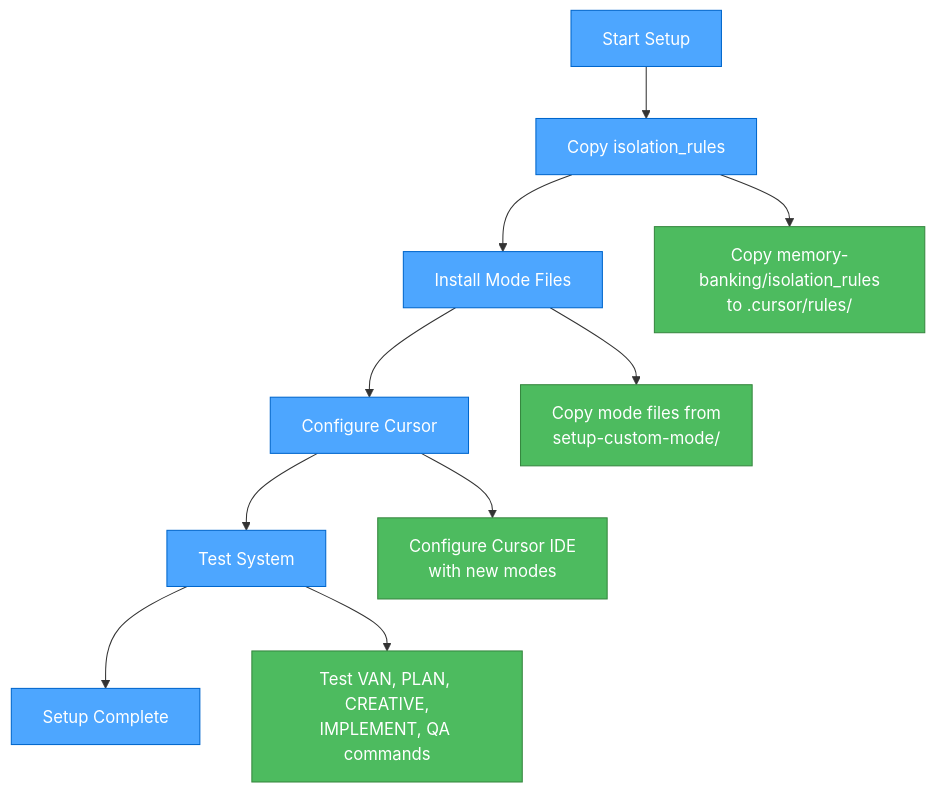
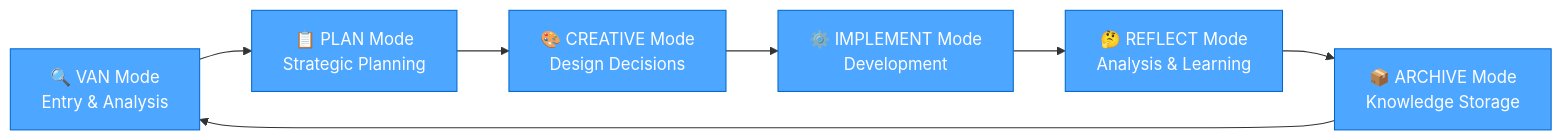
One commit to giang6283623/cursor-tip changed the seventh of 8 diagrams in README.md. Above: the diagram before and after it, drawn with Mermaid. The commit also changed other lines of this file and 104 other files, not shown here.

````diff
--- a/README.md
+++ b/README.md
@@ -271,19 +372,12 @@
 ```mermaid
-graph TD
-    Start[Start Setup] --> Copy[Copy isolation_rules]
-    Copy --> Install[Install Mode Files]
-    Install --> Configure[Configure Cursor]
-    Configure --> Test[Test System]
-    Test --> Complete[Setup Complete]
-
-    Copy --> IsolationRules[Copy memory-banking/isolation_rules<br/>to .cursor/rules/]
-    Install --> ModeFiles[Copy mode files from<br/>setup-custom-mode/]
-    Configure --> CursorConfig[Configure Cursor IDE<br/>with new modes]
-    Test --> TestCommands[Test VAN, PLAN, CREATIVE,<br/>IMPLEMENT, QA commands]
-
-    classDef step fill:#4da6ff,stroke:#0066cc,color:white
-    classDef action fill:#4dbb5f,stroke:#36873f,color:white
-
-    class Start,Copy,Install,Configure,Test,Complete step
-    class IsolationRules,ModeFiles,CursorConfig,TestCommands action
+graph LR
+    VAN[🔍 VAN Mode<br/>Entry & Analysis] --> PLAN[📋 PLAN Mode<br/>Strategic Planning]
+    PLAN --> CREATIVE[🎨 CREATIVE Mode<br/>Design Decisions]
+    CREATIVE --> IMPLEMENT[⚙️ IMPLEMENT Mode<br/>Development]
+    IMPLEMENT --> REFLECT[🤔 REFLECT Mode<br/>Analysis & Learning]
+    REFLECT --> ARCHIVE[📦 ARCHIVE Mode<br/>Knowledge Storage]
+    ARCHIVE --> VAN
+    
+    classDef mode fill:#4da6ff,stroke:#0066cc,color:white
+    class VAN,PLAN,CREATIVE,IMPLEMENT,REFLECT,ARCHIVE mode
 ```
````
